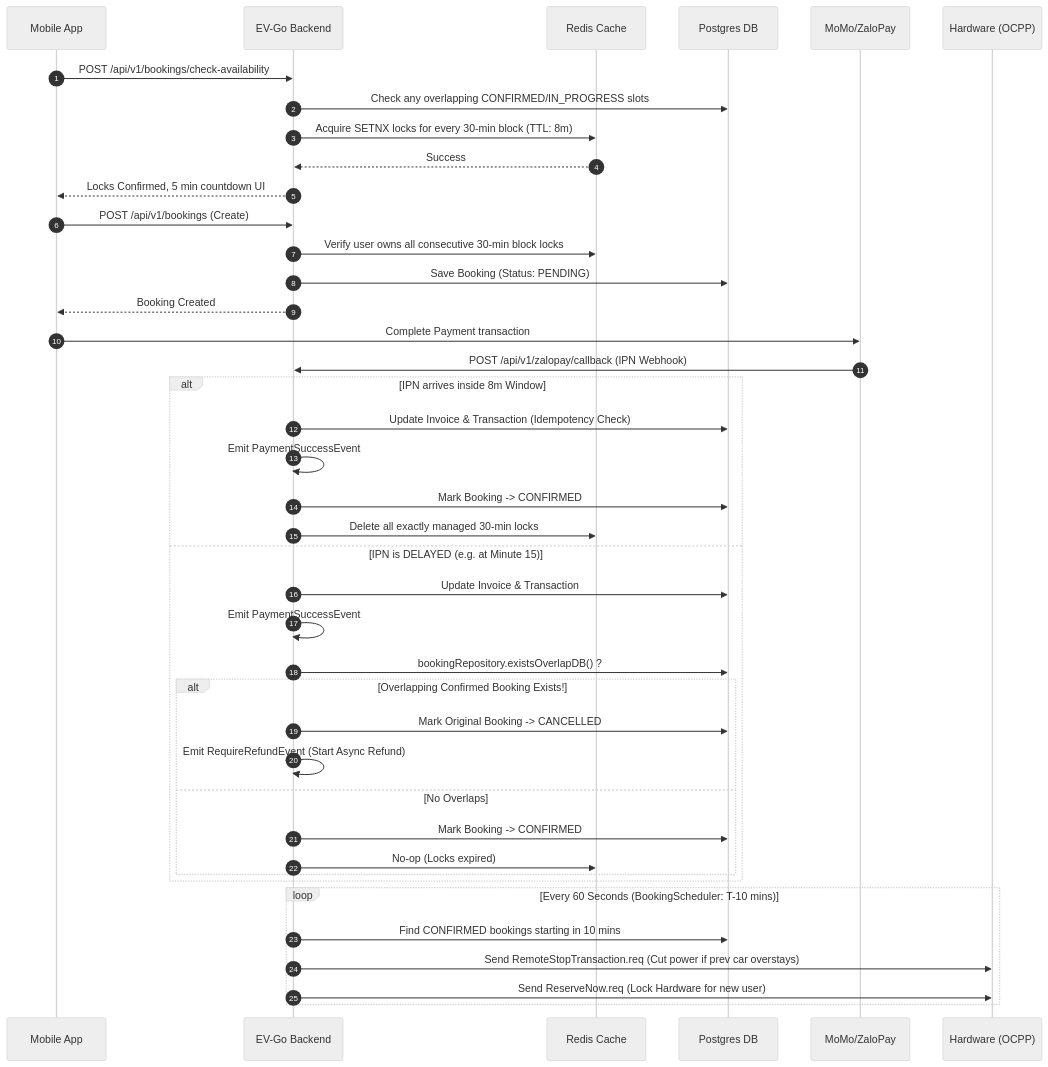
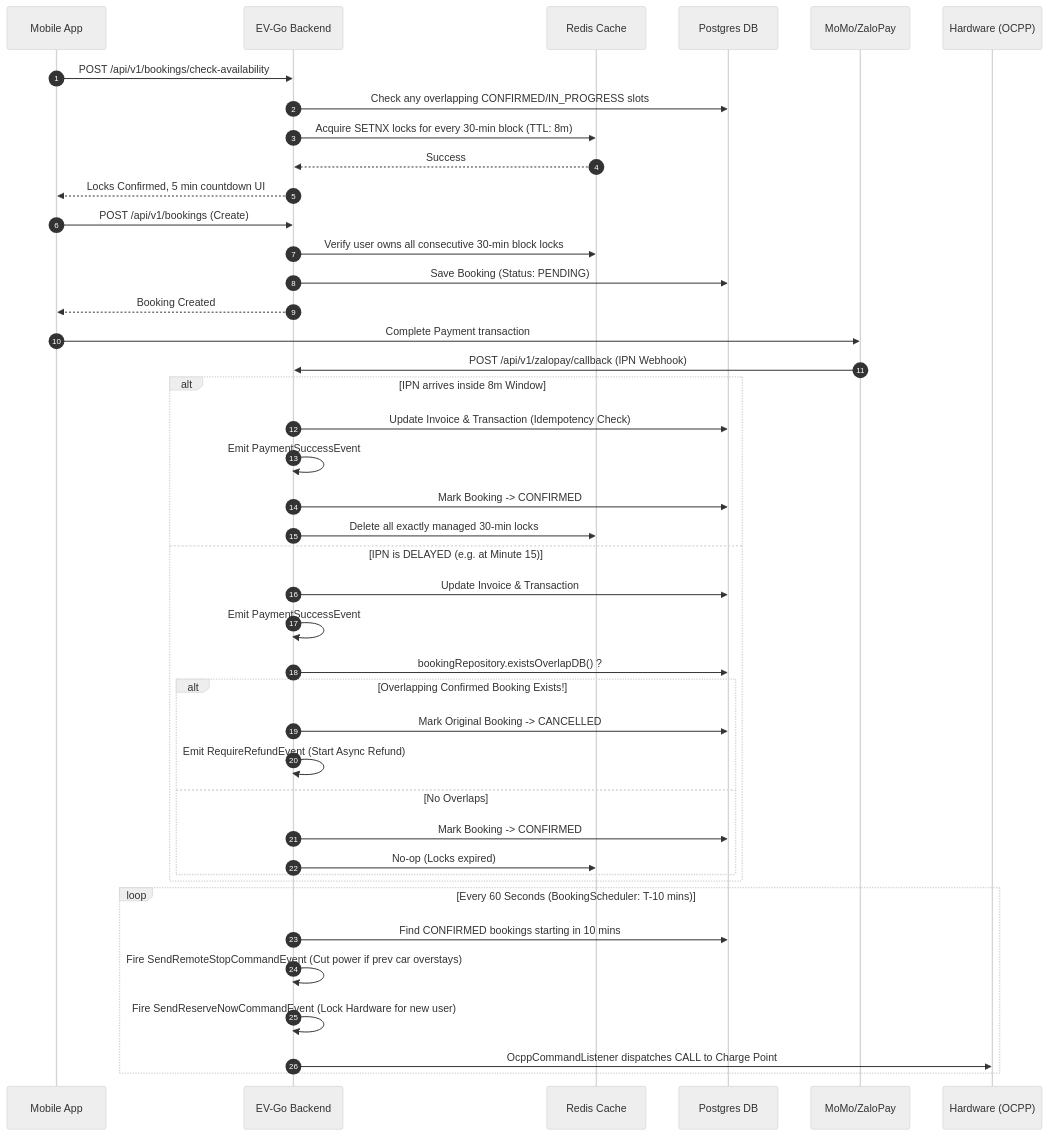
One commit to Sherllgen/DATN changed the diagram in evgo/docs/walkthrough-booking-module.md. Above: the diagram before and after it, drawn with Mermaid (neutral theme). The commit also changed other lines of this file and 14 other files, not shown here.

````diff
--- a/evgo/docs/walkthrough-booking-module.md
+++ b/evgo/docs/walkthrough-booking-module.md
@@ -85,48 +85,49 @@
 ```mermaid
 sequenceDiagram
     autonumber
     participant App as Mobile App
     participant BE as EV-Go Backend
     participant Redis as Redis Cache
     participant DB as Postgres DB
     participant Gateway as MoMo/ZaloPay
     participant Charger as Hardware (OCPP)
 
     App->>BE: POST /api/v1/bookings/check-availability
     BE->>DB: Check any overlapping CONFIRMED/IN_PROGRESS slots
     BE->>Redis: Acquire SETNX locks for every 30-min block (TTL: 8m)
     Redis-->>BE: Success
     BE-->>App: Locks Confirmed, 5 min countdown UI
 
     App->>BE: POST /api/v1/bookings (Create)
     BE->>Redis: Verify user owns all consecutive 30-min block locks
     BE->>DB: Save Booking (Status: PENDING)
     BE-->>App: Booking Created
     
     App->>Gateway: Complete Payment transaction
     Gateway->>BE: POST /api/v1/zalopay/callback (IPN Webhook)
     
     alt IPN arrives inside 8m Window
         BE->>DB: Update Invoice & Transaction (Idempotency Check)
         BE->>BE: Emit PaymentSuccessEvent
         BE->>DB: Mark Booking -> CONFIRMED
         BE->>Redis: Delete all exactly managed 30-min locks
     else IPN is DELAYED (e.g. at Minute 15)
         BE->>DB: Update Invoice & Transaction
         BE->>BE: Emit PaymentSuccessEvent
         BE->>DB: bookingRepository.existsOverlapDB() ?
         alt Overlapping Confirmed Booking Exists!
             BE->>DB: Mark Original Booking -> CANCELLED
             BE->>BE: Emit RequireRefundEvent (Start Async Refund)
         else No Overlaps
             BE->>DB: Mark Booking -> CONFIRMED
             BE->>Redis: No-op (Locks expired)
         end
     end
 
     loop Every 60 Seconds (BookingScheduler: T-10 mins)
         BE->>DB: Find CONFIRMED bookings starting in 10 mins
-        BE->>Charger: Send RemoteStopTransaction.req (Cut power if prev car overstays)
-        BE->>Charger: Send ReserveNow.req (Lock Hardware for new user)
+        BE->>BE: Fire SendRemoteStopCommandEvent (Cut power if prev car overstays)
+        BE->>BE: Fire SendReserveNowCommandEvent (Lock Hardware for new user)
+        BE->>Charger: OcppCommandListener dispatches CALL to Charge Point
     end
 ```
````
